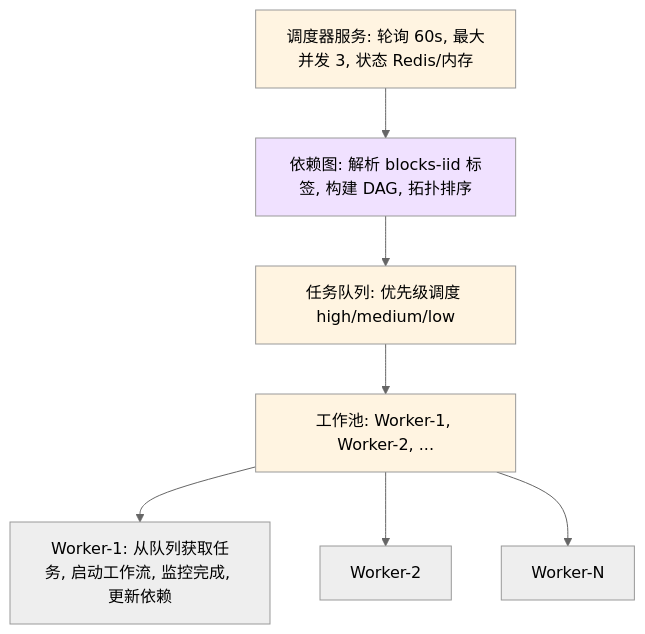
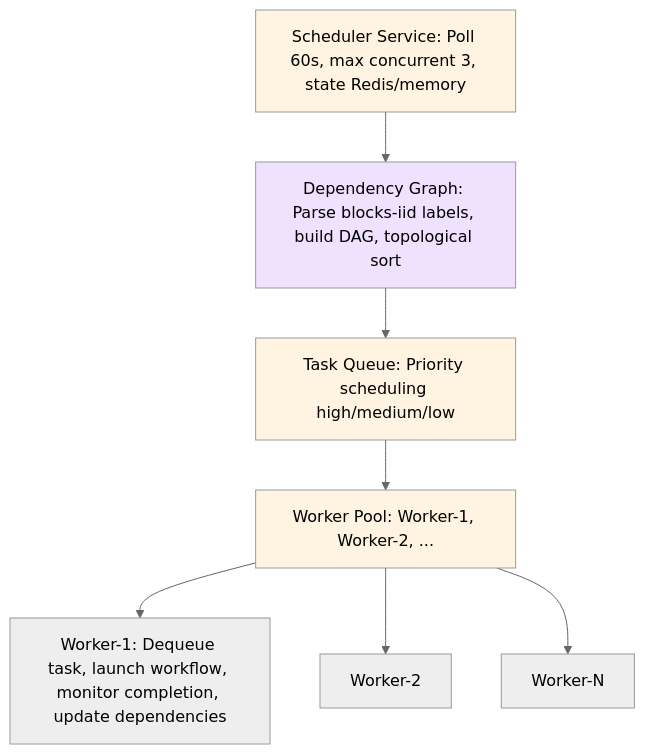
The second of 9 diagrams in docs/WORKFLOWS.md (easyhaloo/afk), drawn with Mermaid (neutral theme) before and after one commit. The commit also changed other lines of this file, not shown here.

````diff
--- a/docs/WORKFLOWS.md
+++ b/docs/WORKFLOWS.md
@@ -89,17 +89,17 @@
 ```mermaid
 graph TD
-    Sched["调度器服务: 轮询 60s, 最大并发 3, 状态 Redis/内存"] --> Dep["依赖图: 解析 blocks-iid 标签, 构建 DAG, 拓扑排序"]
+    Sched["Scheduler Service: Poll 60s, max concurrent 3, state Redis/memory"] --> Dep["Dependency Graph: Parse blocks-iid labels, build DAG, topological sort"]
 
-    Dep --> Queue["任务队列: 优先级调度 high/medium/low"]
+    Dep --> Queue["Task Queue: Priority scheduling high/medium/low"]
 
-    Queue --> Pool["工作池: Worker-1, Worker-2, ..."]
+    Queue --> Pool["Worker Pool: Worker-1, Worker-2, ..."]
 
-    Pool --> W1["Worker-1: 从队列获取任务, 启动工作流, 监控完成, 更新依赖"]
+    Pool --> W1["Worker-1: Dequeue task, launch workflow, monitor completion, update dependencies"]
     Pool --> W2[Worker-2]
     Pool --> W3[Worker-N]
 
     classDef config fill:#fff4e1
     classDef data fill:#f0e1ff
     class Sched,Queue,Pool config
     class Dep data
 ```
````
